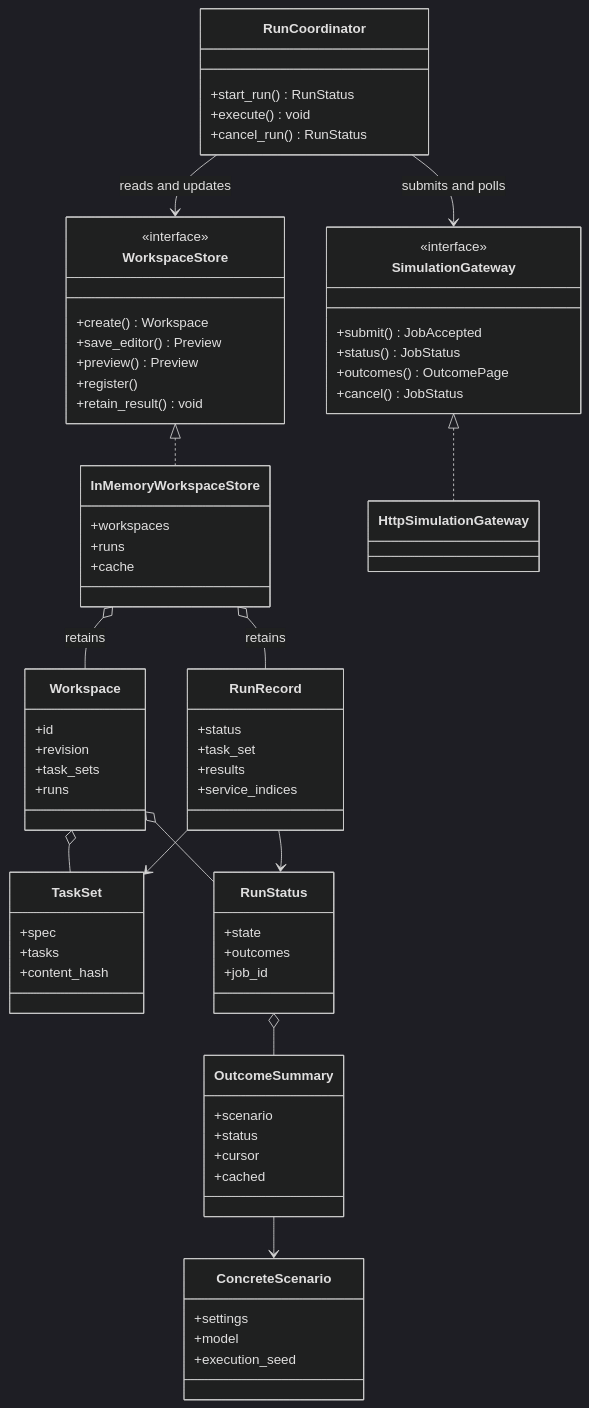
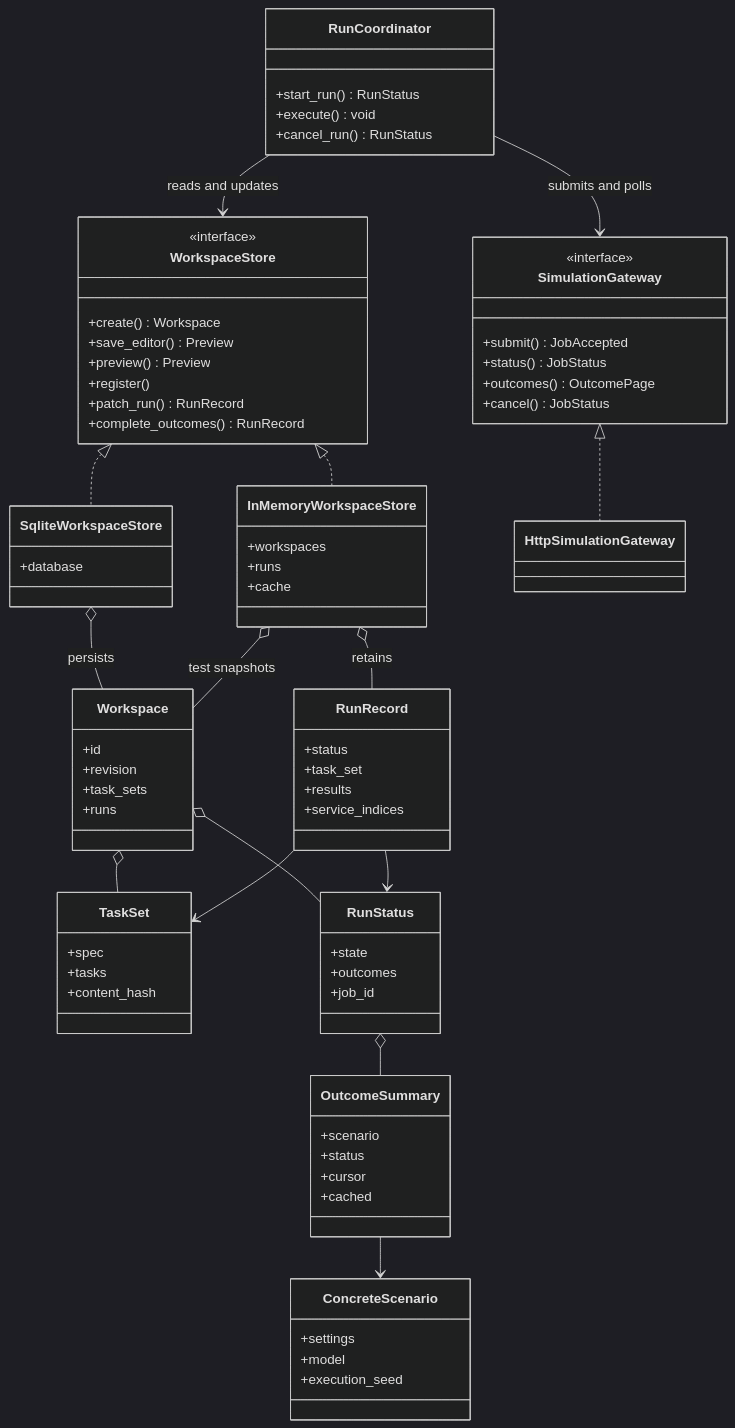
The third of 7 diagrams in docs/architecture.md (bvett/value-stream-simulator), drawn with Mermaid (dark theme) before and after one commit. The commit also changed other lines of this file and 21 other files, not shown here.

````diff
--- a/docs/architecture.md
+++ b/docs/architecture.md
@@ -109,74 +111,80 @@
 ```mermaid
 classDiagram
     class WorkspaceStore {
         <<interface>>
         +create() Workspace
         +save_editor() Preview
         +preview() Preview
         +register()
-        +retain_result() void
+        +patch_run() RunRecord
+        +complete_outcomes() RunRecord
+    }
+    class SqliteWorkspaceStore {
+        +database
     }
     class InMemoryWorkspaceStore {
         +workspaces
         +runs
         +cache
     }
     class SimulationGateway {
         <<interface>>
         +submit() JobAccepted
         +status() JobStatus
         +outcomes() OutcomePage
         +cancel() JobStatus
     }
     class HttpSimulationGateway
     class RunCoordinator {
         +start_run() RunStatus
         +execute() void
         +cancel_run() RunStatus
     }
     class Workspace {
         +id
         +revision
         +task_sets
         +runs
     }
     class TaskSet {
         +spec
         +tasks
         +content_hash
     }
     class ConcreteScenario {
         +settings
         +model
         +execution_seed
     }
     class RunStatus {
         +state
         +outcomes
         +job_id
     }
     class OutcomeSummary {
         +scenario
         +status
         +cursor
         +cached
     }
     class RunRecord {
         +status
         +task_set
         +results
         +service_indices
     }
+    WorkspaceStore <|.. SqliteWorkspaceStore
     WorkspaceStore <|.. InMemoryWorkspaceStore
     SimulationGateway <|.. HttpSimulationGateway
     RunCoordinator --> WorkspaceStore : reads and updates
     RunCoordinator --> SimulationGateway : submits and polls
-    InMemoryWorkspaceStore o-- Workspace : retains
+    SqliteWorkspaceStore o-- Workspace : persists
+    InMemoryWorkspaceStore o-- Workspace : test snapshots
     InMemoryWorkspaceStore o-- RunRecord : retains
     Workspace o-- TaskSet
     Workspace o-- RunStatus
     RunRecord --> RunStatus
     RunRecord --> TaskSet
     RunStatus o-- OutcomeSummary
     OutcomeSummary --> ConcreteScenario
 ```
````
